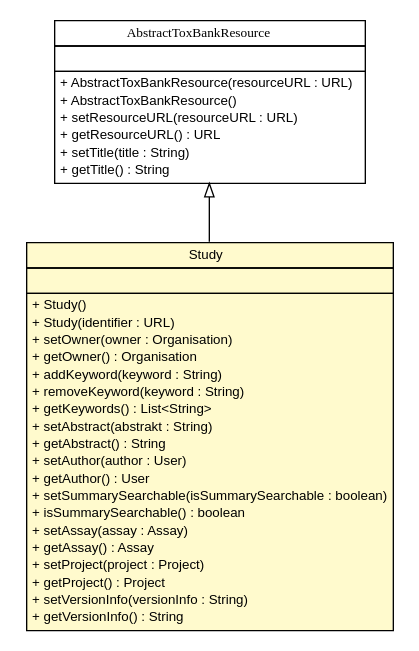
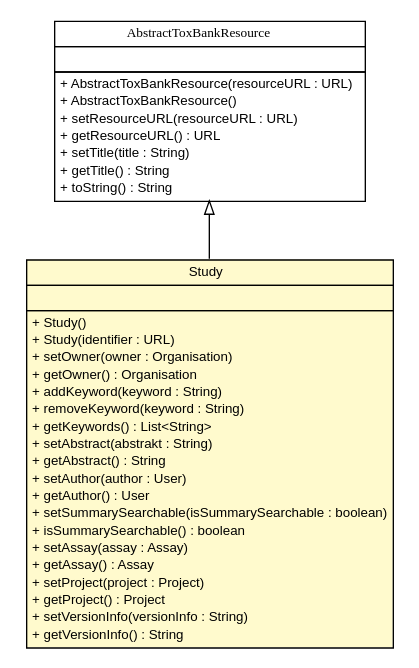
One commit to ToxBank/toxbank-api-beans changed the diagram in apidocs/net/toxbank/client/resource/Study.dot. Above: the diagram before and after it, drawn with Graphviz. The commit also changed 272 other files, not shown here.

```diff
--- a/apidocs/net/toxbank/client/resource/Study.dot
+++ b/apidocs/net/toxbank/client/resource/Study.dot
@@ -1,59 +1,60 @@
 #!/usr/local/bin/dot
 #
 # Class diagram 
 # Generated by UmlGraph version 4.6 (http://www.spinellis.gr/sw/umlgraph)
 #
 
 digraph G {
 	edge [fontname="arial",fontsize=10,labelfontname="arial",labelfontsize=10];
 	node [fontname="arial",fontsize=10,shape=plaintext];
 	// net.toxbank.client.resource.Study
-	c583 [label=<<table border="0" cellborder="1" cellspacing="0" cellpadding="2" port="p" bgcolor="lemonChiffon" href="./Study.html">
+	c654 [label=<<table border="0" cellborder="1" cellspacing="0" cellpadding="2" port="p" bgcolor="lemonChiffon" href="./Study.html">
 		<tr><td><table border="0" cellspacing="0" cellpadding="1">
 			<tr><td> Study </td></tr>
 		</table></td></tr>
 		<tr><td><table border="0" cellspacing="0" cellpadding="1">
 			<tr><td align="left">  </td></tr>
 		</table></td></tr>
 		<tr><td><table border="0" cellspacing="0" cellpadding="1">
 			<tr><td align="left"> + Study() </td></tr>
 			<tr><td align="left"> + Study(identifier : URL) </td></tr>
 			<tr><td align="left"> + setOwner(owner : Organisation) </td></tr>
 			<tr><td align="left"> + getOwner() : Organisation </td></tr>
 			<tr><td align="left"> + addKeyword(keyword : String) </td></tr>
 			<tr><td align="left"> + removeKeyword(keyword : String) </td></tr>
 			<tr><td align="left"> + getKeywords() : List&lt;String&gt; </td></tr>
 			<tr><td align="left"> + setAbstract(abstrakt : String) </td></tr>
 			<tr><td align="left"> + getAbstract() : String </td></tr>
 			<tr><td align="left"> + setAuthor(author : User) </td></tr>
 			<tr><td align="left"> + getAuthor() : User </td></tr>
 			<tr><td align="left"> + setSummarySearchable(isSummarySearchable : boolean) </td></tr>
 			<tr><td align="left"> + isSummarySearchable() : boolean </td></tr>
 			<tr><td align="left"> + setAssay(assay : Assay) </td></tr>
 			<tr><td align="left"> + getAssay() : Assay </td></tr>
 			<tr><td align="left"> + setProject(project : Project) </td></tr>
 			<tr><td align="left"> + getProject() : Project </td></tr>
 			<tr><td align="left"> + setVersionInfo(versionInfo : String) </td></tr>
 			<tr><td align="left"> + getVersionInfo() : String </td></tr>
 		</table></td></tr>
 		</table>>, fontname="arial", fontcolor="black", fontsize=10.0];
 	// net.toxbank.client.resource.AbstractToxBankResource
-	c593 [label=<<table border="0" cellborder="1" cellspacing="0" cellpadding="2" port="p" href="./AbstractToxBankResource.html">
+	c665 [label=<<table border="0" cellborder="1" cellspacing="0" cellpadding="2" port="p" href="./AbstractToxBankResource.html">
 		<tr><td><table border="0" cellspacing="0" cellpadding="1">
 			<tr><td><font face="ariali"> AbstractToxBankResource </font></td></tr>
 		</table></td></tr>
 		<tr><td><table border="0" cellspacing="0" cellpadding="1">
 			<tr><td align="left">  </td></tr>
 		</table></td></tr>
 		<tr><td><table border="0" cellspacing="0" cellpadding="1">
 			<tr><td align="left"> + AbstractToxBankResource(resourceURL : URL) </td></tr>
 			<tr><td align="left"> + AbstractToxBankResource() </td></tr>
 			<tr><td align="left"> + setResourceURL(resourceURL : URL) </td></tr>
 			<tr><td align="left"> + getResourceURL() : URL </td></tr>
 			<tr><td align="left"> + setTitle(title : String) </td></tr>
 			<tr><td align="left"> + getTitle() : String </td></tr>
+			<tr><td align="left"> + toString() : String </td></tr>
 		</table></td></tr>
 		</table>>, fontname="arial", fontcolor="black", fontsize=10.0];
 	//net.toxbank.client.resource.Study extends net.toxbank.client.resource.AbstractToxBankResource
-	c593:p -> c583:p [dir=back,arrowtail=empty];
+	c665:p -> c654:p [dir=back,arrowtail=empty];
 }
```
